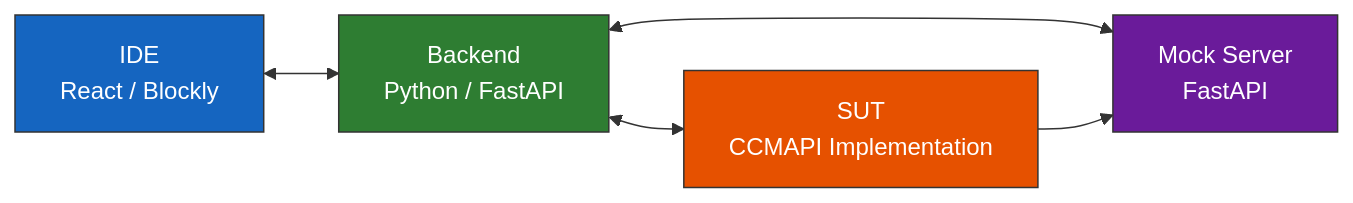
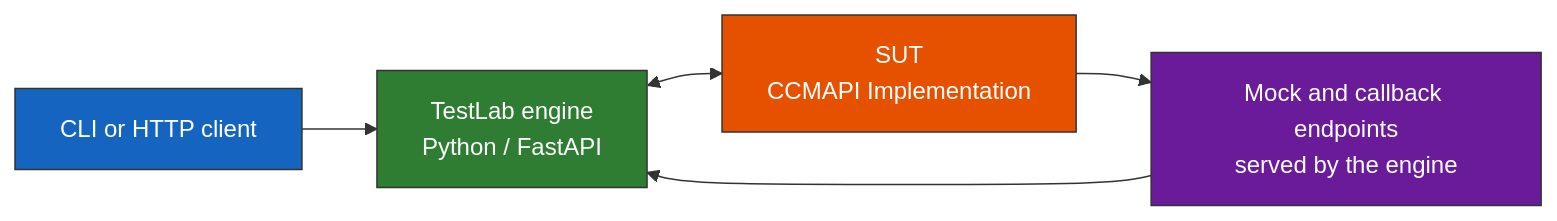
The first of 4 diagrams in docs/tutorials/ccm-architecture-guide.md (eclipse-tractusx/tractusx-testlab), drawn with Mermaid before and after one commit. The commit also changed other lines of this file and 155 other files, not shown here.

````diff
--- a/docs/tutorials/ccm-architecture-guide.md
+++ b/docs/tutorials/ccm-architecture-guide.md
@@ -32,12 +32,12 @@
 ```mermaid
 flowchart LR
-    IDE[IDE<br/>React / Blockly] <--> Backend[Backend<br/>Python / FastAPI]
-    Backend <--> Mock[Mock Server<br/>FastAPI]
-    Backend <--> SUT[SUT<br/>CCMAPI Implementation]
-    SUT --> Mock
+    Client[CLI or HTTP client] --> Engine[TestLab engine<br/>Python / FastAPI]
+    Engine <--> SUT[SUT<br/>CCMAPI Implementation]
+    SUT --> Mock[Mock and callback endpoints<br/>served by the engine]
+    Mock --> Engine
 
-    style IDE fill:#1565c0,stroke:#333,color:#fff
-    style Backend fill:#2e7d32,stroke:#333,color:#fff
+    style Client fill:#1565c0,stroke:#333,color:#fff
+    style Engine fill:#2e7d32,stroke:#333,color:#fff
     style Mock fill:#6a1b9a,stroke:#333,color:#fff
     style SUT fill:#e65100,stroke:#333,color:#fff
 ```
````
